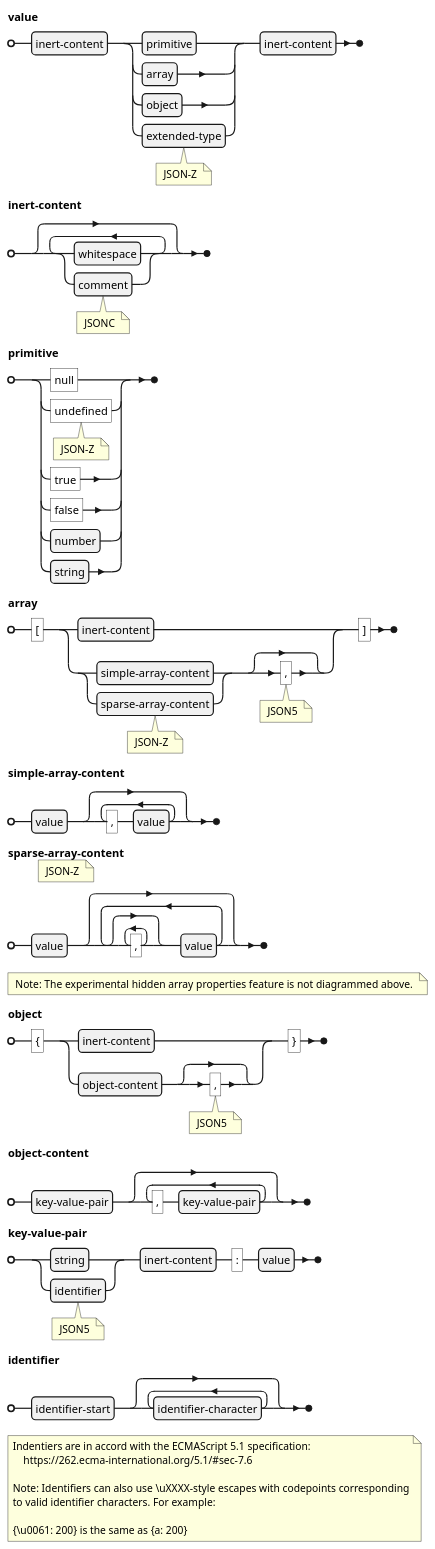
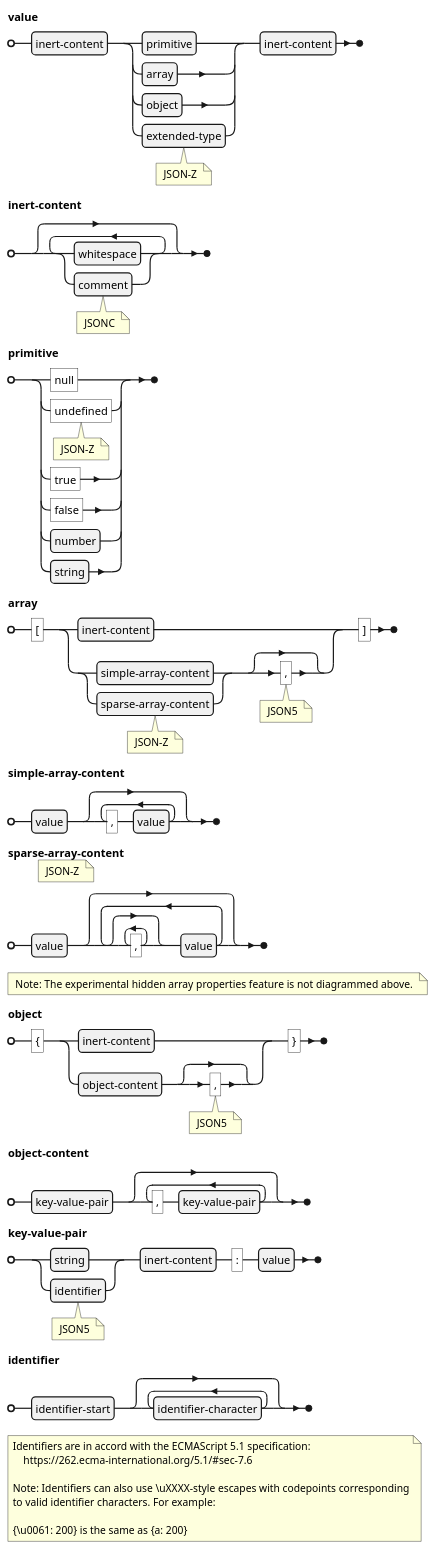
The first of 7 diagrams in GRAMMAR.md (kshetline/json-z), drawn with PlantUML before and after one commit. The commit also changed other lines of this file and 4 other files, not shown here.

````diff
--- a/GRAMMAR.md
+++ b/GRAMMAR.md
@@ -7,35 +7,35 @@
 ```plantuml
 @startebnf
 
 value = inert-content, ( primitive | array | object | extended-type (* JSON-Z *) ), inert-content ;
 
 inert-content = { whitespace | comment (* JSONC *) } ;
 
 primitive = "null" | "undefined" (* JSON-Z *) | "true" | "false" | number | string ;
 
 array = "[", ( inert-content | ( (simple-array-content | sparse-array-content (* JSON-Z *) ), [ "," (* JSON5 *) ] ) ), "]";
 
 simple-array-content = value, { ",", value } ;
 
 sparse-array-content (* JSON-Z *) = value, { { "," }, value };
 
 (* Note: The experimental hidden array properties feature is not diagrammed above. *)
 
 object = "{", ( inert-content | ( object-content, [ "," (* JSON5 *) ] ) ), "}" ;
 
 object-content = key-value-pair, { ",", key-value-pair } ;
 
 key-value-pair = ( string | identifier (* JSON5 *) ), inert-content, ":", value ;
 
 identifier = identifier-start, { identifier-character };
 
-(* Indentiers are in accord with the ECMAScript 5.1 specification:
+(* Identifiers are in accord with the ECMAScript 5.1 specification:
     https://262.ecma-international.org/5.1/#sec-7.6
 
 Note: Identifiers can also use \uXXXX-style escapes with codepoints corresponding
 to valid identifier characters. For example:
 
 {\u0061: 200} is the same as {a: 200} *)
 
 @endebnf
 ```
````
